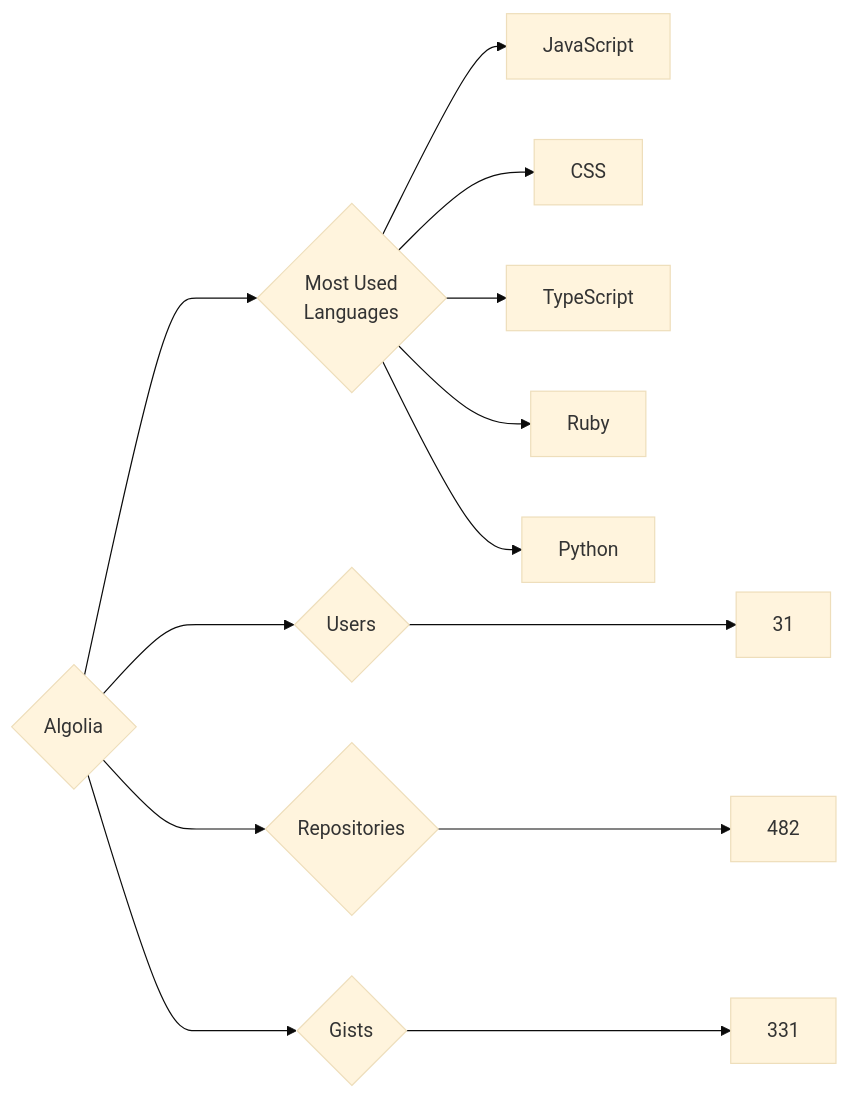
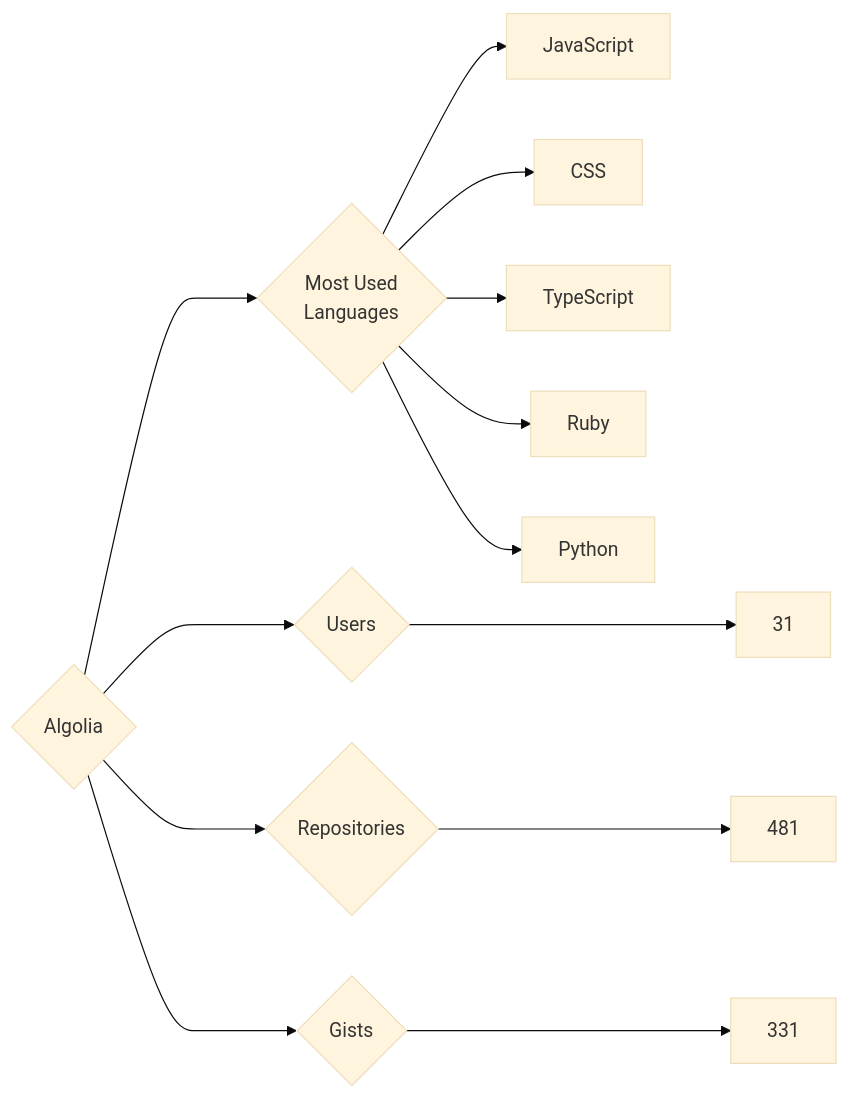
Before and after one commit to trickest/insiders: the diagram in targets/Algolia/README.md, drawn with Mermaid (base theme). The commit also changed 633 other files, not shown here.

````diff
--- a/targets/Algolia/README.md
+++ b/targets/Algolia/README.md
@@ -3,13 +3,13 @@
 ```mermaid
 graph LR
 COMPANY_NAME{Algolia}
 COMPANY_NAME ---> U{Users} ---> UN[31]
-COMPANY_NAME ---> R{Repositories} ---> RN[482]
+COMPANY_NAME ---> R{Repositories} ---> RN[481]
 COMPANY_NAME ---> G{Gists} ---> GN[331]
 COMPANY_NAME ---> ML{Most Used<br>Languages}
 ML --> JavaScript[JavaScript]
 ML --> CSS[CSS]
 ML --> TypeScript[TypeScript]
 ML --> Ruby[Ruby]
 ML --> Python[Python]
 ```
````
